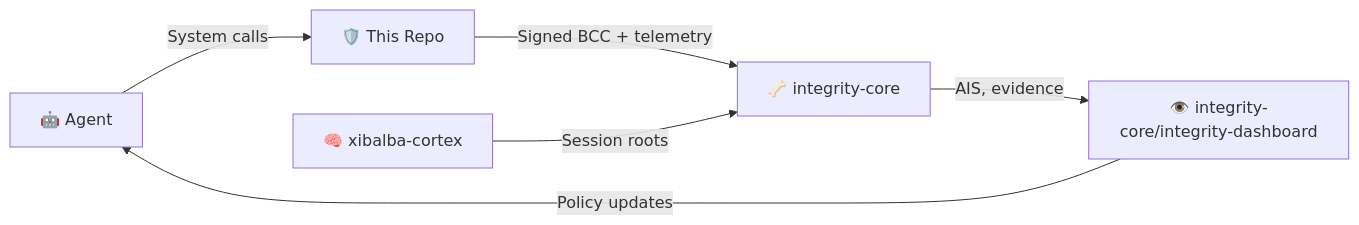
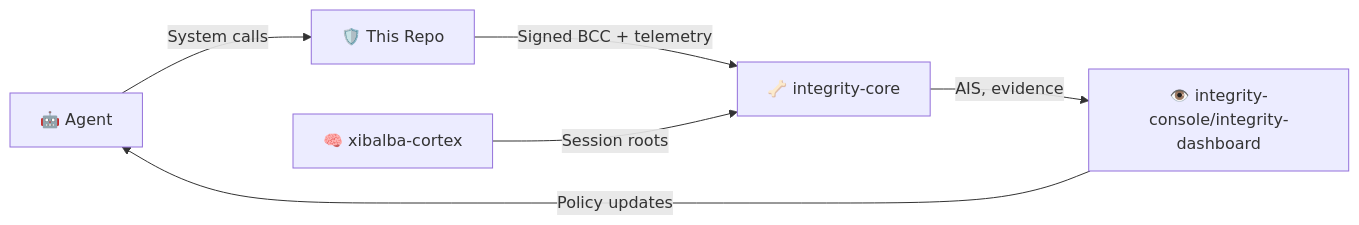
Before and after one commit to XibalbaTechSol/xibalba-shield: the diagram in SPECIFICATION.md, drawn with Mermaid. The commit also changed other lines of this file and 4 other files, not shown here.

````diff
--- a/SPECIFICATION.md
+++ b/SPECIFICATION.md
@@ -72,8 +71,8 @@
 ```mermaid
 flowchart LR
     Agent["🤖 Agent"] -->|"System calls"| Immune["🛡️ This Repo"]
     Immune -->|"Signed BCC + telemetry"| Backbone["🦴 integrity-core"]
     Brain["🧠 xibalba-cortex"] -->|"Session roots"| Backbone
-    Backbone -->|"AIS, evidence"| Eyes["👁️ integrity-core/integrity-dashboard"]
+    Backbone -->|"AIS, evidence"| Eyes["👁️ integrity-console/integrity-dashboard"]
     Eyes -->|"Policy updates"| Agent
 ```
````
